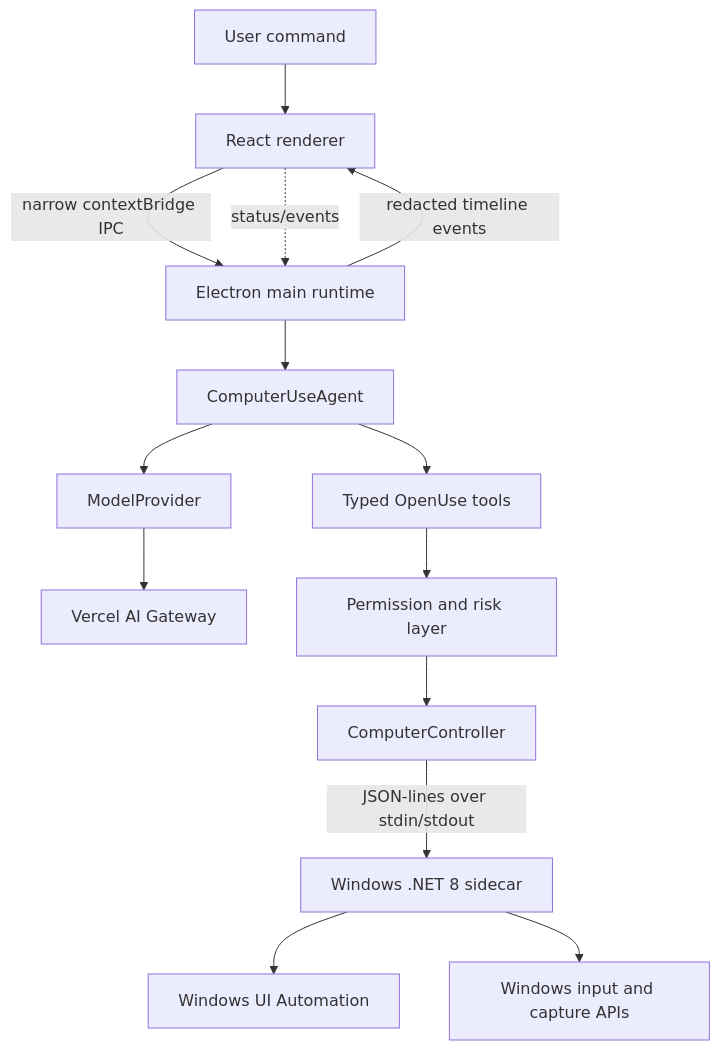
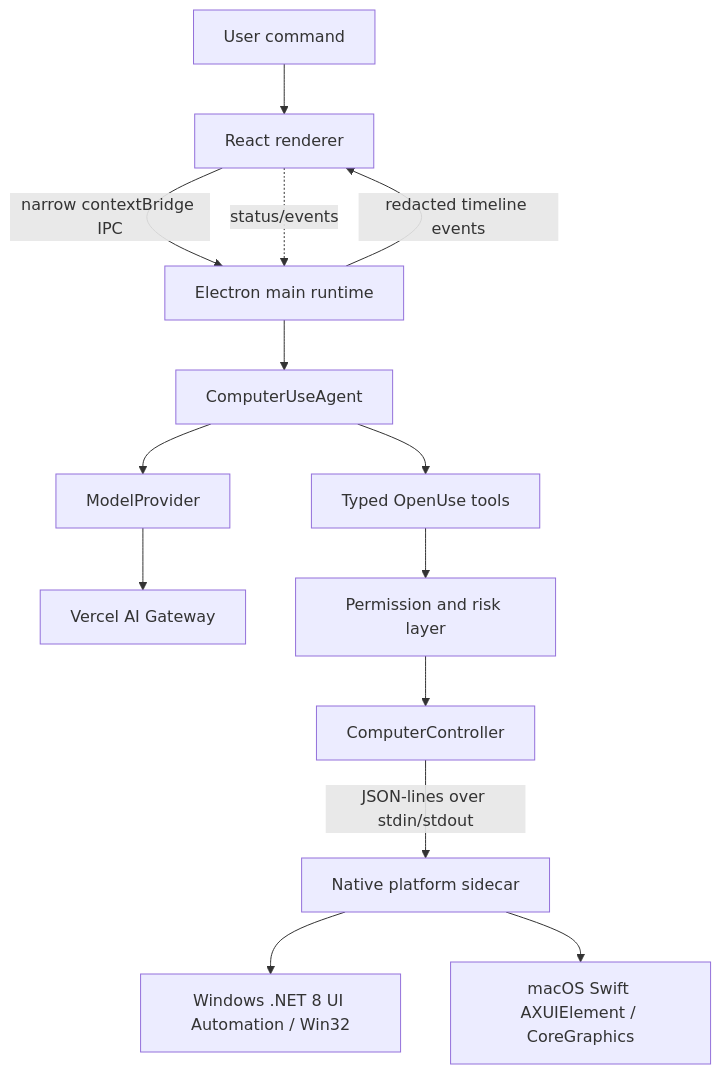
The diagram in docs/architecture.md (mathofdynamic/OpenUse), drawn with Mermaid before and after one commit. The commit also changed other lines of this file and 43 other files, not shown here.

Commit message:
feat: add macOS computer controller and qualification

````diff
--- a/docs/architecture.md
+++ b/docs/architecture.md
@@ -5,16 +5,16 @@
 ```mermaid
 flowchart TD
     User[User command] --> UI[React renderer]
     UI -->|narrow contextBridge IPC| Main[Electron main runtime]
     Main --> Agent[ComputerUseAgent]
     Agent --> Provider[ModelProvider]
     Provider --> Gateway[Vercel AI Gateway]
     Agent --> Tools[Typed OpenUse tools]
     Tools --> Policy[Permission and risk layer]
     Policy --> Controller[ComputerController]
-    Controller -->|JSON-lines over stdin/stdout| Sidecar[Windows .NET 8 sidecar]
-    Sidecar --> UIA[Windows UI Automation]
-    Sidecar --> Input[Windows input and capture APIs]
+    Controller -->|JSON-lines over stdin/stdout| Sidecar[Native platform sidecar]
+    Sidecar --> Win[Windows .NET 8 UI Automation / Win32]
+    Sidecar --> Mac[macOS Swift AXUIElement / CoreGraphics]
     UI -. status/events .-> Main
     Main -->|redacted timeline events| UI
 ```
````
